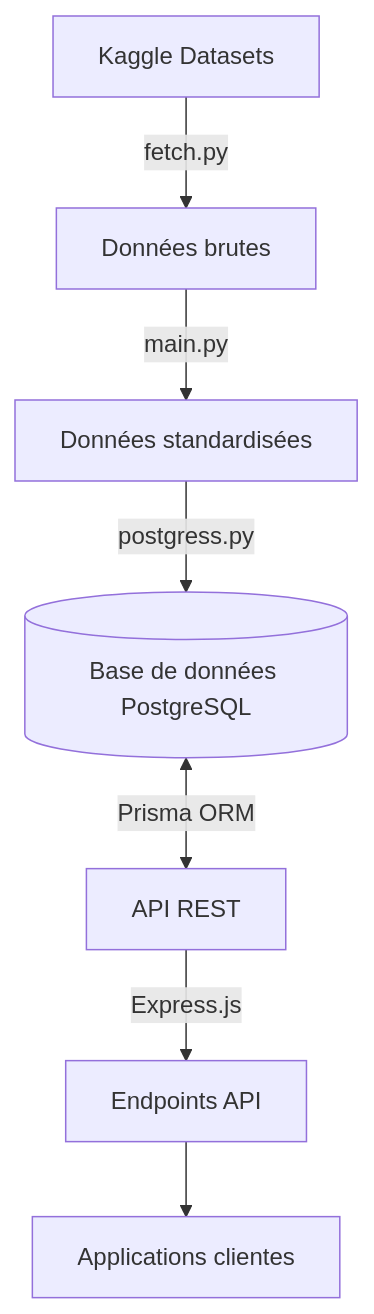
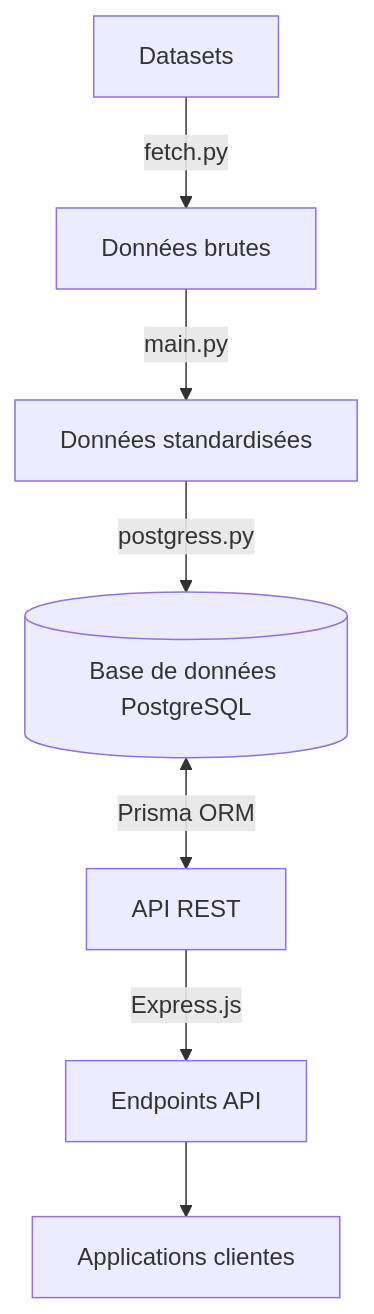
Before and after one commit to MSPREPSI20242025/MSPR: the first of 2 diagrams in docs/architecture.md, drawn with Mermaid. The commit also changed 1 other file, not shown here.

````diff
--- a/docs/architecture.md
+++ b/docs/architecture.md
@@ -17,9 +17,9 @@
 ```mermaid
 graph TD
-    A[Kaggle Datasets] -->|fetch.py| B[Données brutes]
+    A[Datasets] -->|fetch.py| B[Données brutes]
     B -->|main.py| C[Données standardisées]
     C -->|postgress.py| D[(Base de données PostgreSQL)]
     D <-->|Prisma ORM| E[API REST]
     E -->|Express.js| F[Endpoints API]
     F --> G[Applications clientes]
 ```
````
